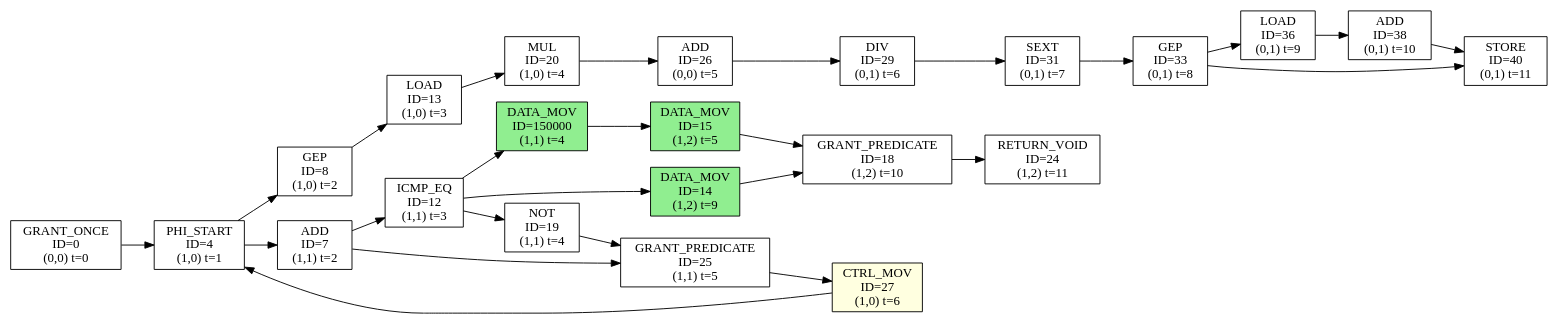
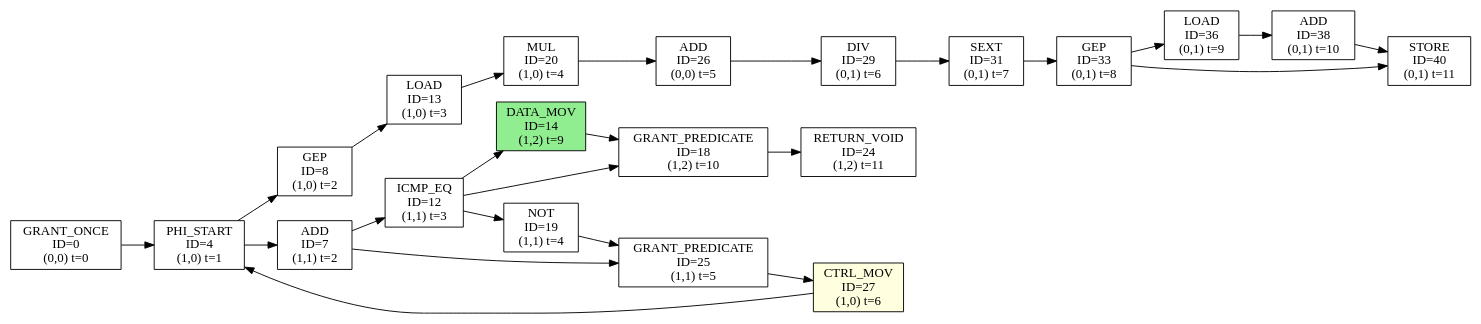
Before and after one commit to sarchlab/Zeonica_Testbench: the diagram in kernel/histogram/tmp-generated-dfg.dot, drawn with Graphviz. The commit also changed 35 other files, not shown here.

```diff
--- a/kernel/histogram/tmp-generated-dfg.dot
+++ b/kernel/histogram/tmp-generated-dfg.dot
@@ -1,51 +1,47 @@
 digraph DFG {
   rankdir=LR;
   node [shape=box, style=filled];
   n0 [label="GRANT_ONCE\nID=0\n(0,0) t=0", fillcolor=white];
   n4 [label="PHI_START\nID=4\n(1,0) t=1", fillcolor=white];
   n7 [label="ADD\nID=7\n(1,1) t=2", fillcolor=white];
   n8 [label="GEP\nID=8\n(1,0) t=2", fillcolor=white];
   n12 [label="ICMP_EQ\nID=12\n(1,1) t=3", fillcolor=white];
   n13 [label="LOAD\nID=13\n(1,0) t=3", fillcolor=white];
   n14 [label="DATA_MOV\nID=14\n(1,2) t=9", fillcolor=lightgreen];
-  n15 [label="DATA_MOV\nID=15\n(1,2) t=5", fillcolor=lightgreen];
   n18 [label="GRANT_PREDICATE\nID=18\n(1,2) t=10", fillcolor=white];
   n19 [label="NOT\nID=19\n(1,1) t=4", fillcolor=white];
   n20 [label="MUL\nID=20\n(1,0) t=4", fillcolor=white];
   n24 [label="RETURN_VOID\nID=24\n(1,2) t=11", fillcolor=white];
   n25 [label="GRANT_PREDICATE\nID=25\n(1,1) t=5", fillcolor=white];
   n26 [label="ADD\nID=26\n(0,0) t=5", fillcolor=white];
   n27 [label="CTRL_MOV\nID=27\n(1,0) t=6", fillcolor=lightyellow];
   n29 [label="DIV\nID=29\n(0,1) t=6", fillcolor=white];
   n31 [label="SEXT\nID=31\n(0,1) t=7", fillcolor=white];
   n33 [label="GEP\nID=33\n(0,1) t=8", fillcolor=white];
   n36 [label="LOAD\nID=36\n(0,1) t=9", fillcolor=white];
   n38 [label="ADD\nID=38\n(0,1) t=10", fillcolor=white];
   n40 [label="STORE\nID=40\n(0,1) t=11", fillcolor=white];
-  n150000 [label="DATA_MOV\nID=150000\n(1,1) t=4", fillcolor=lightgreen];
   n27 -> n4;
   n25 -> n27;
   n12 -> n14;
   n14 -> n18;
-  n12 -> n150000;
-  n150000 -> n15;
-  n15 -> n18;
   n36 -> n38;
+  n29 -> n31;
   n31 -> n33;
   n0 -> n4;
   n12 -> n19;
   n33 -> n40;
   n4 -> n7;
   n33 -> n36;
   n4 -> n8;
   n7 -> n25;
   n19 -> n25;
   n38 -> n40;
   n7 -> n12;
   n20 -> n26;
   n8 -> n13;
+  n12 -> n18;
+  n26 -> n29;
   n13 -> n20;
-  n29 -> n31;
   n18 -> n24;
-  n26 -> n29;
 }
```
